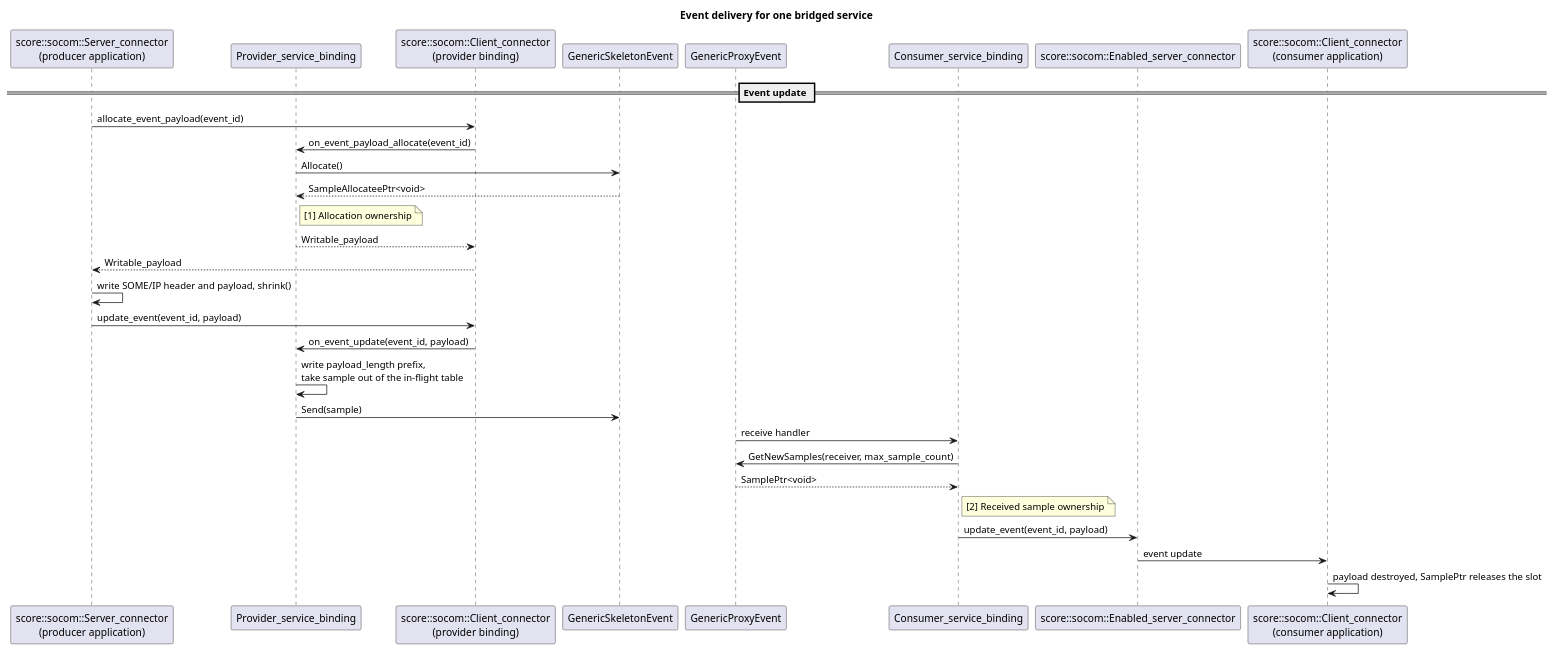
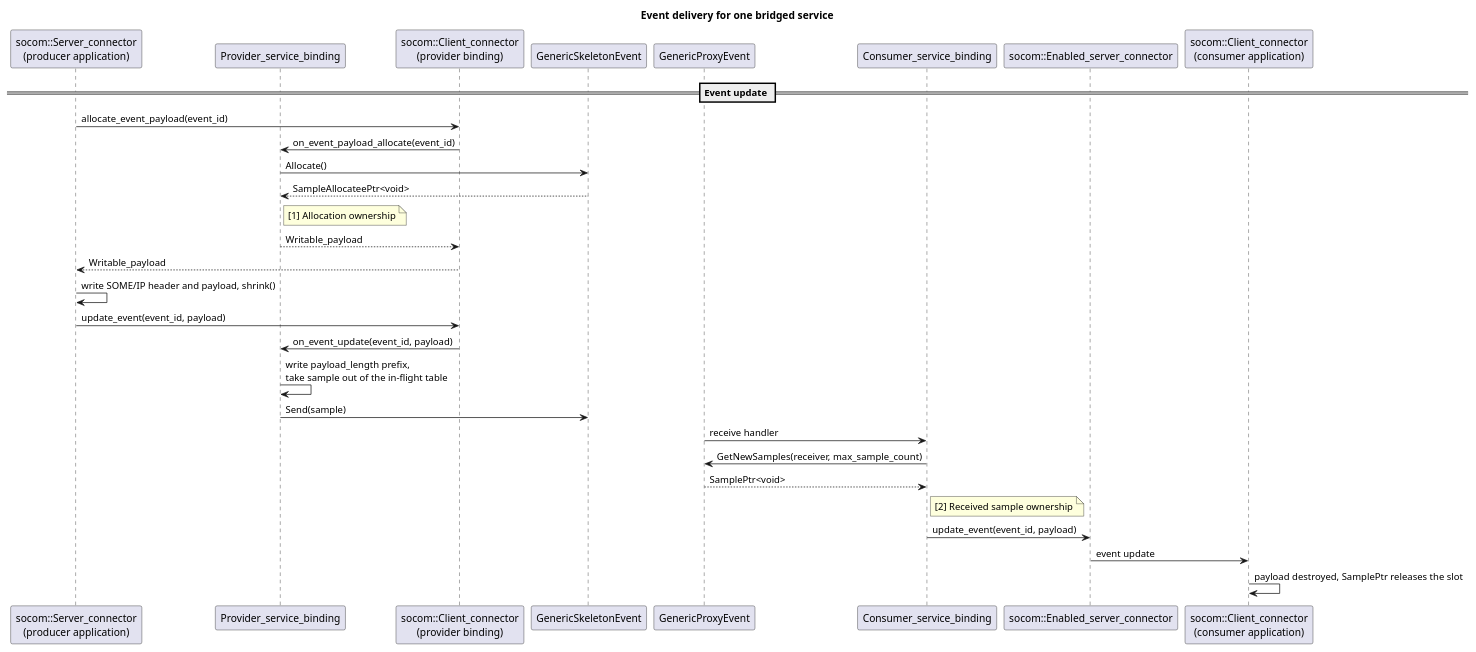
Before and after one commit to eclipse-score/inc_someip_gateway: the diagram in score/gateway_ipc_binding/docs/models/mw_com_event_flow.puml, drawn with PlantUML. The commit also changed 2 other files, not shown here.

```diff
--- a/score/gateway_ipc_binding/docs/models/mw_com_event_flow.puml
+++ b/score/gateway_ipc_binding/docs/models/mw_com_event_flow.puml
@@ -14,34 +14,34 @@
 @startuml
 title Event delivery for one bridged service
 
-participant "score::socom::Server_connector\n(producer application)" as producer
+participant "socom::Server_connector\n(producer application)" as producer
 participant "Provider_service_binding" as provider
-participant "score::socom::Client_connector\n(provider binding)" as provider_connector
+participant "socom::Client_connector\n(provider binding)" as provider_connector
 participant "GenericSkeletonEvent" as skeleton_event
 participant "GenericProxyEvent" as proxy_event
 participant "Consumer_service_binding" as consumer
-participant "score::socom::Enabled_server_connector" as enabled_connector
-participant "score::socom::Client_connector\n(consumer application)" as consumer_app
+participant "socom::Enabled_server_connector" as enabled_connector
+participant "socom::Client_connector\n(consumer application)" as consumer_app
 
 == Event update ==
 producer -> provider_connector : allocate_event_payload(event_id)
 provider_connector -> provider : on_event_payload_allocate(event_id)
 provider -> skeleton_event : Allocate()
 skeleton_event --> provider : SampleAllocateePtr<void>
 note right of provider : [1] Allocation ownership
 provider --> provider_connector : Writable_payload
 provider_connector --> producer : Writable_payload
 producer -> producer : write SOME/IP header and payload, shrink()
 producer -> provider_connector : update_event(event_id, payload)
 provider_connector -> provider : on_event_update(event_id, payload)
 provider -> provider : write payload_length prefix,\ntake sample out of the in-flight table
 provider -> skeleton_event : Send(sample)
 
 proxy_event -> consumer : receive handler
 consumer -> proxy_event : GetNewSamples(receiver, max_sample_count)
 proxy_event --> consumer : SamplePtr<void>
 note right of consumer : [2] Received sample ownership
 consumer -> enabled_connector : update_event(event_id, payload)
 enabled_connector -> consumer_app : event update
 consumer_app -> consumer_app : payload destroyed, SamplePtr releases the slot
 @enduml
```
